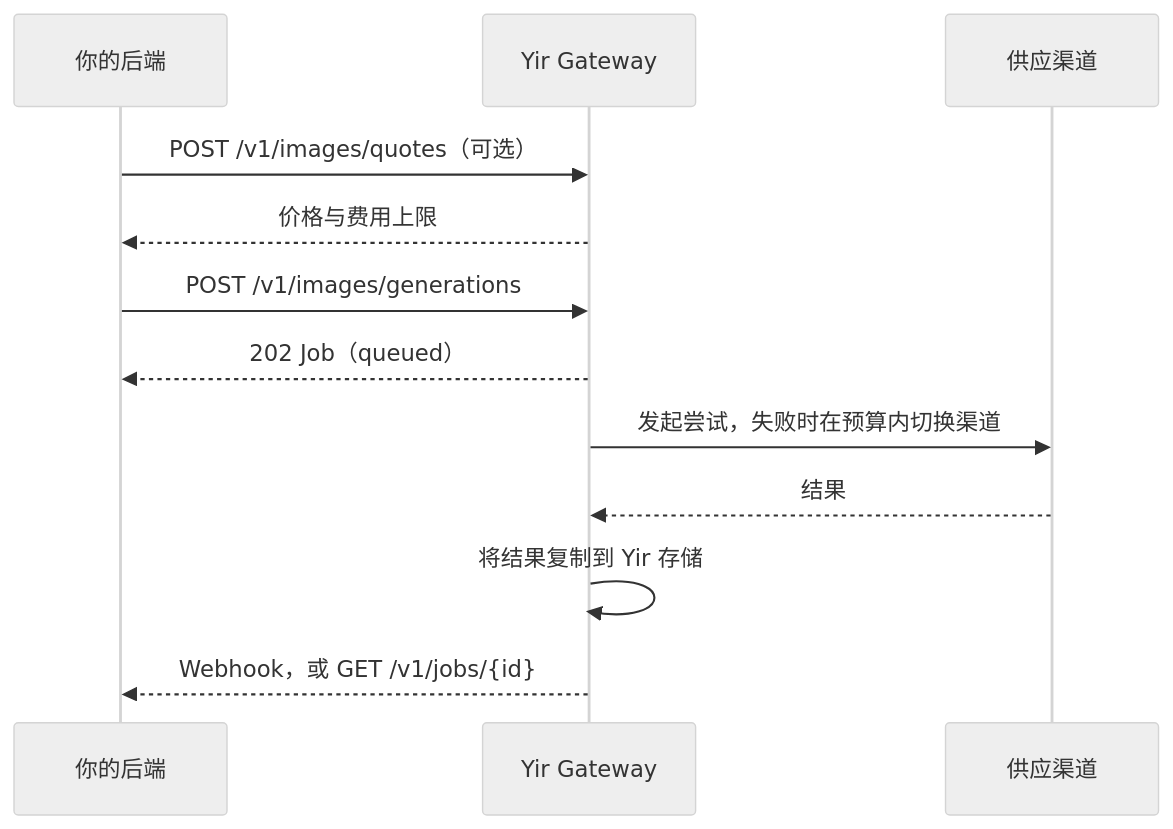
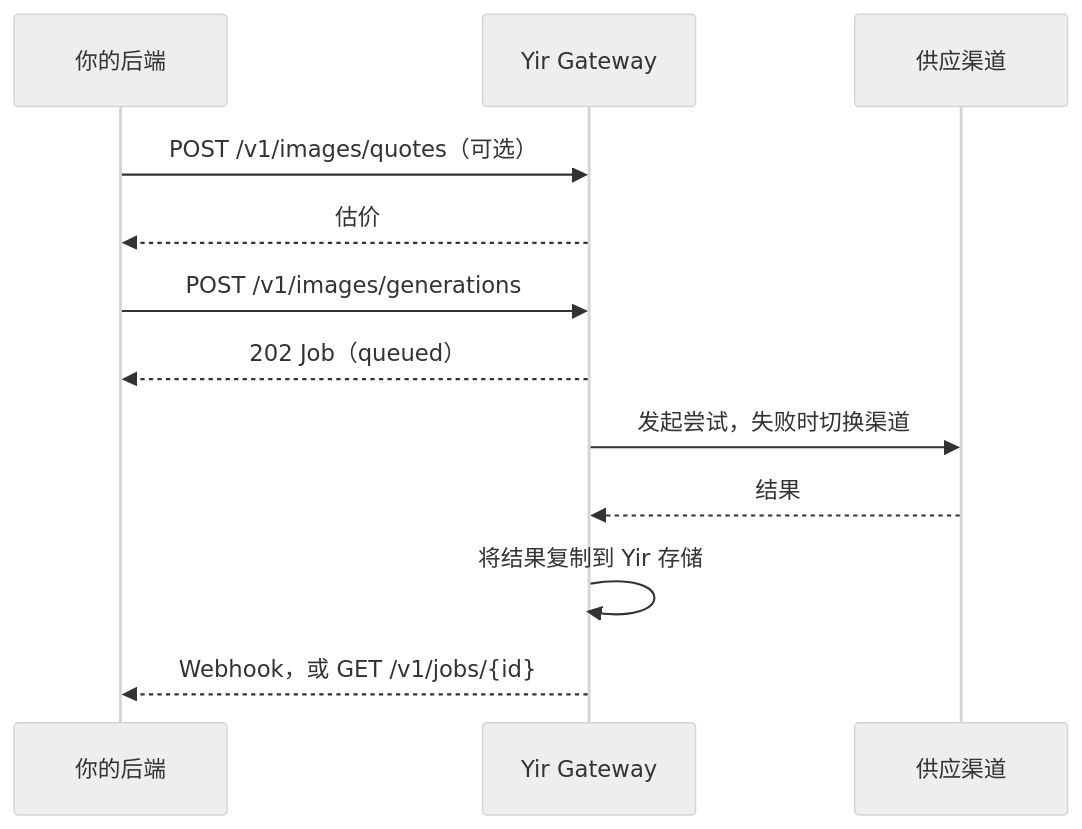
Before and after one commit to yir-ai/docs: the diagram in docs/zh/index.mdx, drawn with Mermaid (neutral theme). The commit also changed other lines of this file and 27 other files, not shown here.

````diff
--- a/docs/zh/index.mdx
+++ b/docs/zh/index.mdx
@@ -27,14 +27,14 @@
 ```mermaid
 sequenceDiagram
   participant App as 你的后端
   participant Yir as Yir Gateway
   participant P as 供应渠道
   App->>Yir: POST /v1/images/quotes（可选）
-  Yir-->>App: 价格与费用上限
+  Yir-->>App: 估价
   App->>Yir: POST /v1/images/generations
   Yir-->>App: 202 Job（queued）
-  Yir->>P: 发起尝试，失败时在预算内切换渠道
+  Yir->>P: 发起尝试，失败时切换渠道
   P-->>Yir: 结果
   Yir->>Yir: 将结果复制到 Yir 存储
   Yir-->>App: Webhook，或 GET /v1/jobs/{id}
 ```
````
